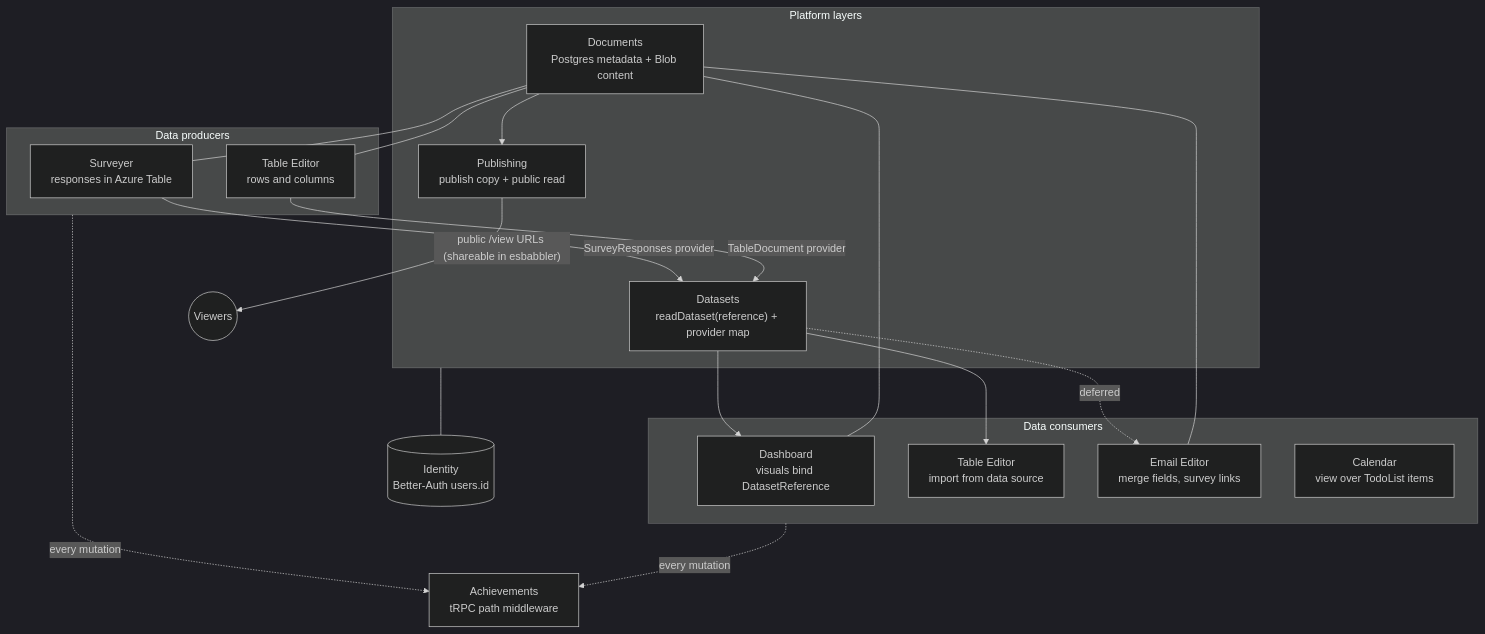
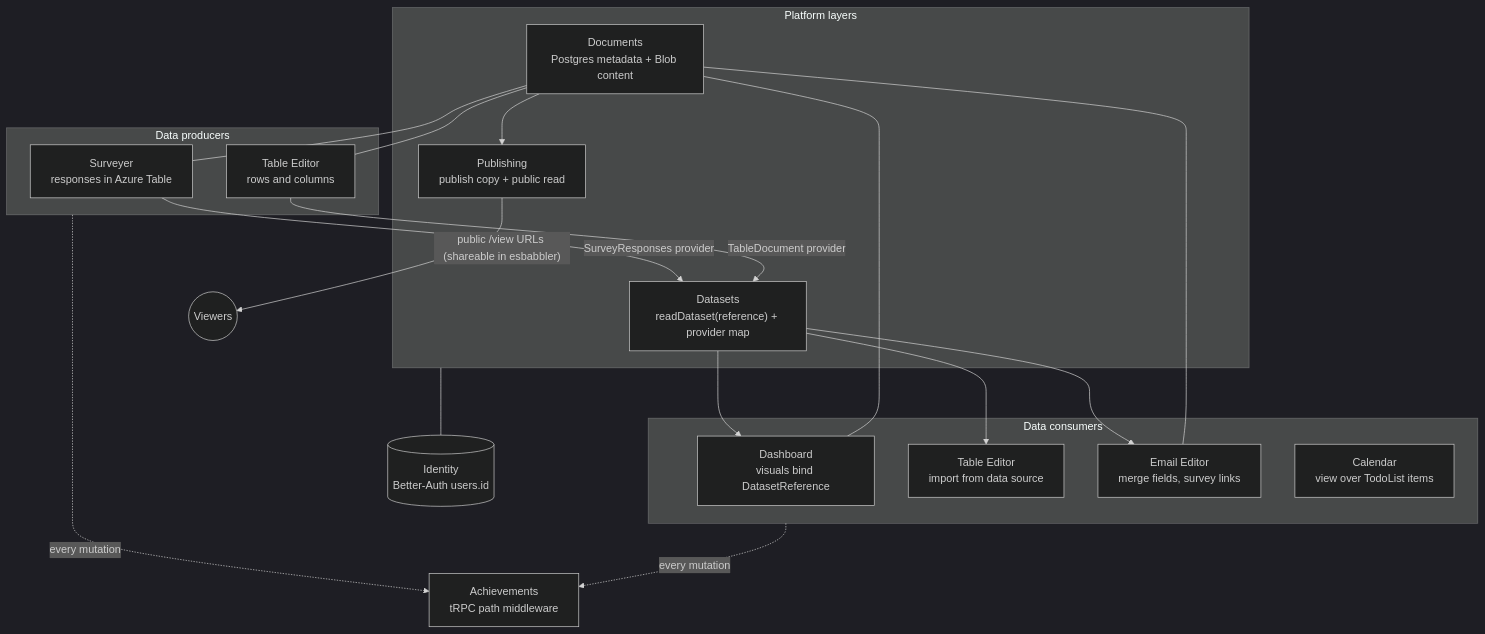
One commit to Esposter/Esposter changed the diagram in architecture/platform.md. Above: the diagram before and after it, drawn with Mermaid (dark theme). The commit also changed other lines of this file and 36 other files, not shown here.

````diff
--- a/architecture/platform.md
+++ b/architecture/platform.md
@@ -29,38 +29,38 @@
 ```mermaid
 flowchart TB
   subgraph producers [Data producers]
     SV[Surveyer<br/>responses in Azure Table]
     TE[Table Editor<br/>rows and columns]
   end
 
   subgraph platform [Platform layers]
     DS["Datasets<br/>readDataset(reference) + provider map"]
     DOC[Documents<br/>Postgres metadata + Blob content]
     PUB[Publishing<br/>publish copy + public read]
   end
 
   subgraph consumers [Data consumers]
     DB[Dashboard<br/>visuals bind DatasetReference]
     TEI[Table Editor<br/>import from data source]
     EM[Email Editor<br/>merge fields, survey links]
     CAL[Calendar<br/>view over TodoList items]
   end
 
   SV -- SurveyResponses provider --> DS
   TE -- TableDocument provider --> DS
   DS --> DB
   DS --> TEI
-  DS -. deferred .-> EM
+  DS --> EM
   DOC --- SV
   DOC --- TE
   DOC --- DB
   DOC --- EM
   DOC --> PUB
   PUB -- "public /view URLs (shareable in esbabbler)" --> WORLD((Viewers))
 
   ACH[Achievements<br/>tRPC path middleware]
   ID[(Identity<br/>Better-Auth users.id)]
   platform --- ID
   producers -. every mutation .-> ACH
   consumers -. every mutation .-> ACH
 ```
````
